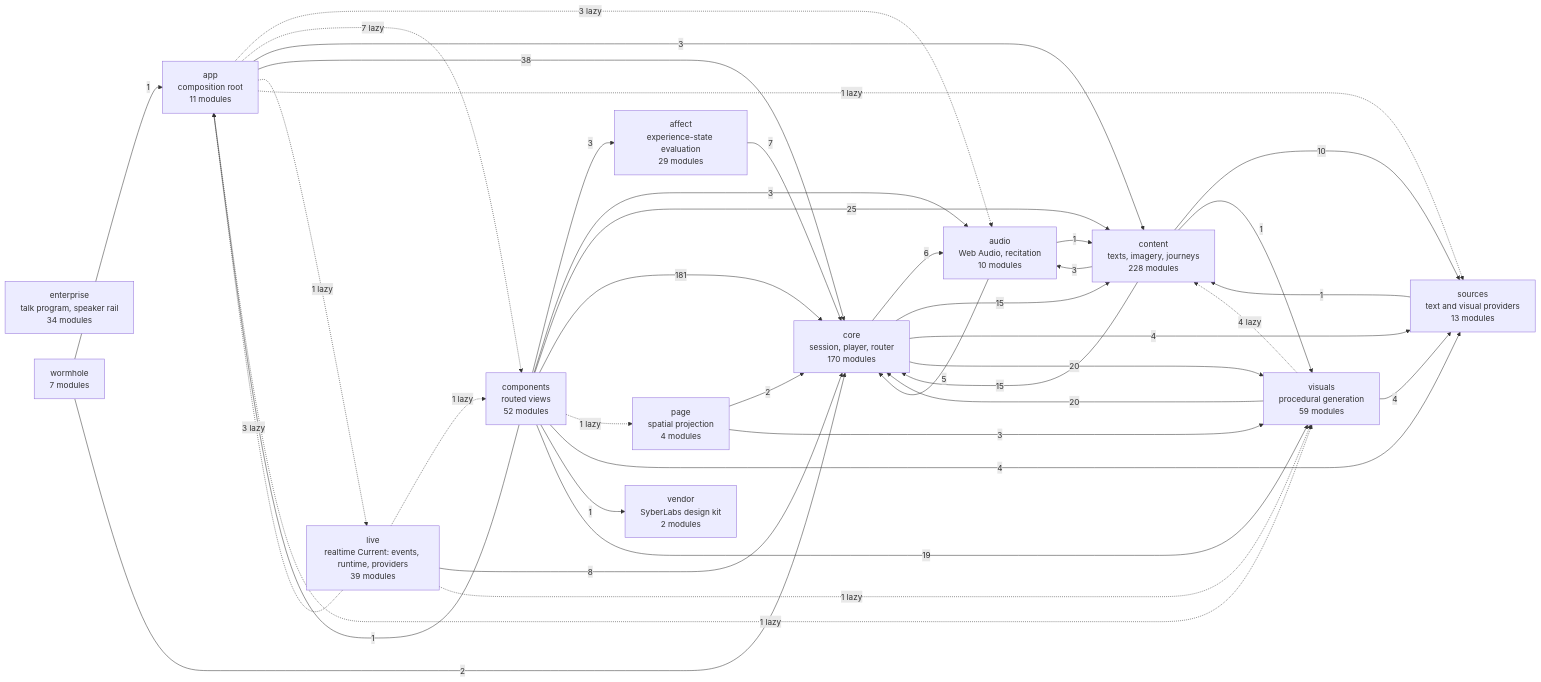
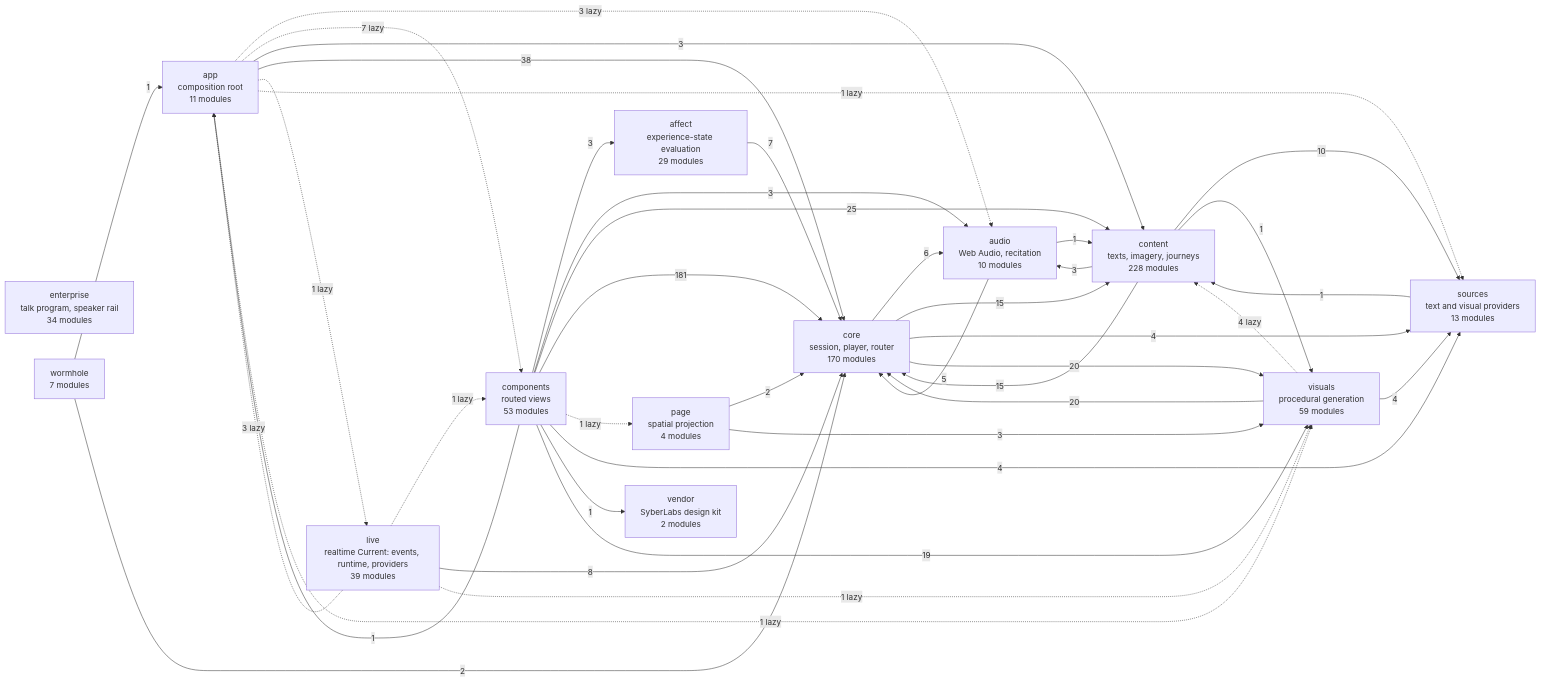
One commit to SyberLabs/RISE changed the diagram in docs/specs/ARCHITECTURE.md. Above: the diagram before and after it, drawn with Mermaid. The commit also changed other lines of this file and 65 other files, not shown here.

````diff
--- a/docs/specs/ARCHITECTURE.md
+++ b/docs/specs/ARCHITECTURE.md
@@ -153,56 +153,56 @@
 ```mermaid
 flowchart LR
     affect["affect<br/>experience-state evaluation<br/>29 modules"]
     app["app<br/>composition root<br/>11 modules"]
     audio["audio<br/>Web Audio, recitation<br/>10 modules"]
-    components["components<br/>routed views<br/>52 modules"]
+    components["components<br/>routed views<br/>53 modules"]
     content["content<br/>texts, imagery, journeys<br/>228 modules"]
     core["core<br/>session, player, router<br/>170 modules"]
     enterprise["enterprise<br/>talk program, speaker rail<br/>34 modules"]
     live["live<br/>realtime Current: events, runtime, providers<br/>39 modules"]
     page["page<br/>spatial projection<br/>4 modules"]
     sources["sources<br/>text and visual providers<br/>13 modules"]
     vendor["vendor<br/>SyberLabs design kit<br/>2 modules"]
     visuals["visuals<br/>procedural generation<br/>59 modules"]
     wormhole["wormhole<br/>7 modules"]
 
     affect --> |7| core
     app -.-> |3 lazy| audio
     app -.-> |7 lazy| components
     app --> |3| content
     app --> |38| core
     app -.-> |1 lazy| live
     app -.-> |1 lazy| sources
     app -.-> |1 lazy| visuals
     audio --> |1| content
     audio --> |5| core
     components --> |3| affect
     components --> |1| app
     components --> |3| audio
     components --> |25| content
     components --> |181| core
     components -.-> |1 lazy| page
     components --> |4| sources
     components --> |1| vendor
     components --> |19| visuals
     content --> |3| audio
     content --> |15| core
     content --> |10| sources
     content --> |1| visuals
     core --> |6| audio
     core --> |15| content
     core --> |4| sources
     core --> |20| visuals
     live -.-> |3 lazy| app
     live -.-> |1 lazy| components
     live --> |8| core
     live -.-> |1 lazy| visuals
     page --> |2| core
     page --> |3| visuals
     sources --> |1| content
     visuals -.-> |4 lazy| content
     visuals --> |20| core
     visuals --> |4| sources
     wormhole --> |1| app
     wormhole --> |2| core
 ```
````
